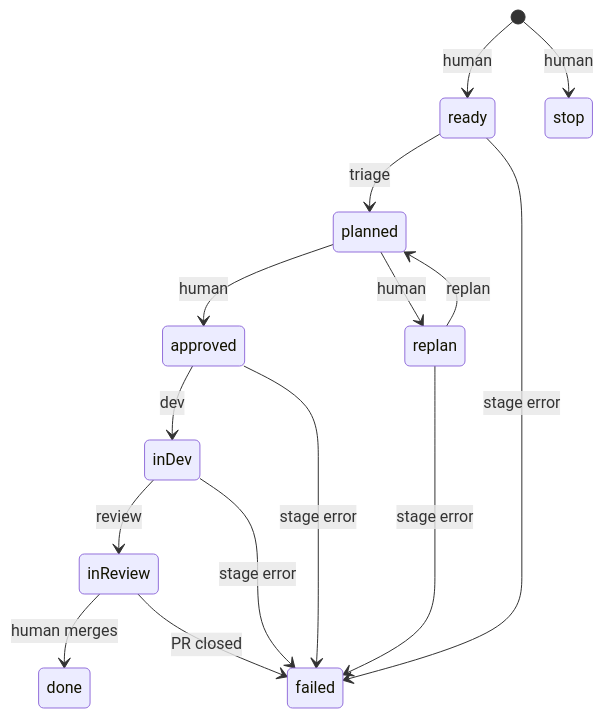
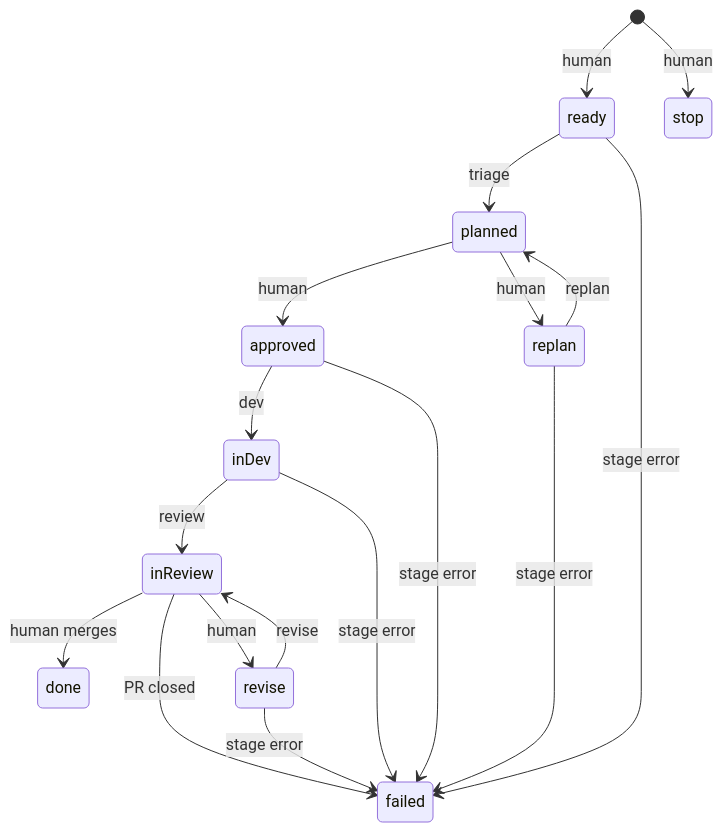
One commit to hamedniroomand/cue changed the second of 2 diagrams in docs/content/guide/pipeline.md. Above: the diagram before and after it, drawn with Mermaid. The commit also changed other lines of this file and 23 other files, not shown here.

Commit message:
feat(pipeline): send human PR feedback back through an agent revise stage

````diff
--- a/docs/content/guide/pipeline.md
+++ b/docs/content/guide/pipeline.md
@@ -42,17 +45,20 @@
 ```mermaid
 stateDiagram-v2
   [*] --> ready: human
   ready --> planned: triage
   planned --> approved: human
   planned --> replan: human
   replan --> planned: replan
   approved --> inDev: dev
   inDev --> inReview: review
   inReview --> done: human merges
   inReview --> failed: PR closed
+  inReview --> revise: human
+  revise --> inReview: revise
   ready --> failed: stage error
   replan --> failed: stage error
   approved --> failed: stage error
   inDev --> failed: stage error
+  revise --> failed: stage error
   [*] --> stop: human
 ```
````
